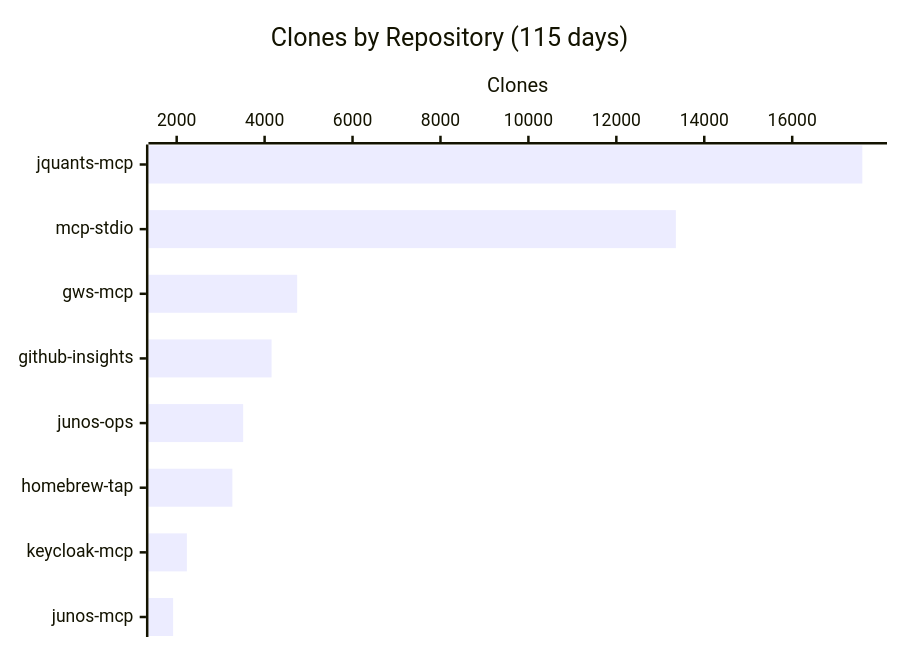
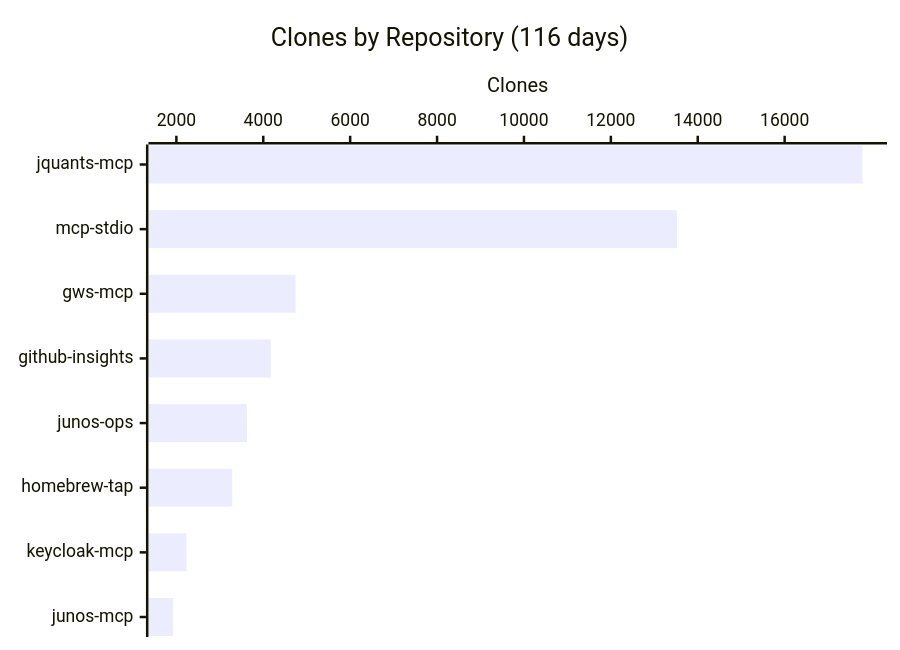
Before and after one commit to shigechika/github-insights: the fourth of 4 diagrams in README.md, drawn with Mermaid. The commit also changed other lines of this file and 2 other files, not shown here.

````diff
--- a/README.md
+++ b/README.md
@@ -58,7 +58,7 @@
 ```mermaid
 xychart-beta horizontal
-    title "Clones by Repository (115 days)"
+    title "Clones by Repository (116 days)"
     x-axis ["jquants-mcp", "mcp-stdio", "gws-mcp", "github-insights", "junos-ops", "homebrew-tap", "keycloak-mcp", "junos-mcp"]
     y-axis "Clones"
-    bar [17595, 13354, 4741, 4158, 3512, 3267, 2232, 1919]
+    bar [17788, 13522, 4743, 4174, 3624, 3287, 2233, 1925]
 ```
````
